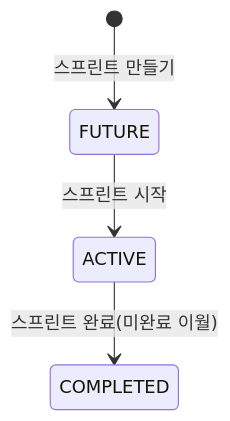
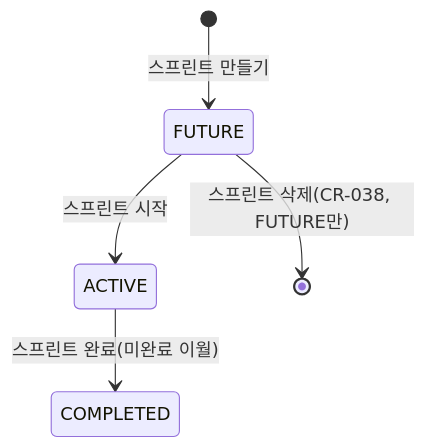
The seventh of 10 diagrams in docs/T1-5_FSM_상태_정의.md (johnnykim7/workmap), drawn with Mermaid before and after one commit. The commit also changed other lines of this file and 64 other files, not shown here.

First line of the commit message:
docs(CR-038): 스프린트 편집·삭제 설계 캐스케이드 (Jira식 편집 폼 + …메뉴, FUTURE만 삭제)

````diff
--- a/docs/T1-5_FSM_상태_정의.md
+++ b/docs/T1-5_FSM_상태_정의.md
@@ -231,6 +231,7 @@
 ```mermaid
 stateDiagram-v2
     [*] --> FUTURE : 스프린트 만들기
     FUTURE --> ACTIVE : 스프린트 시작
     ACTIVE --> COMPLETED : 스프린트 완료(미완료 이월)
+    FUTURE --> [*] : 스프린트 삭제(CR-038, FUTURE만)
 ```
````
